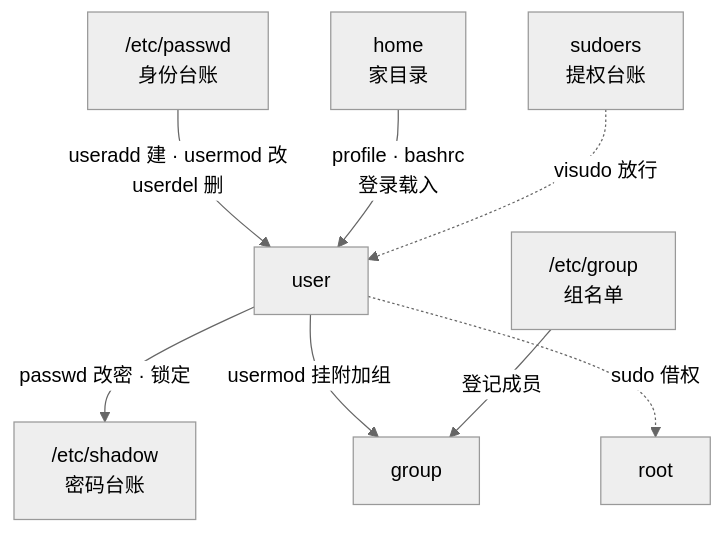
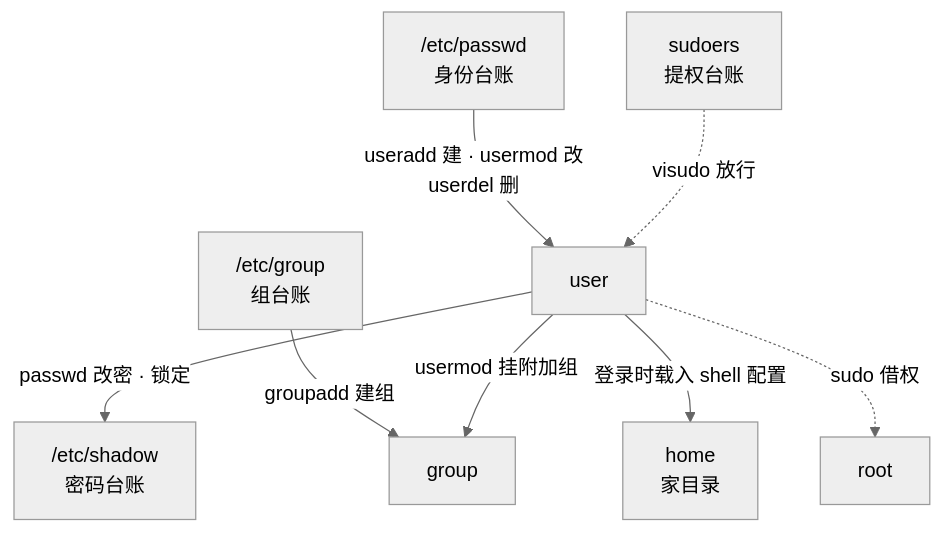
Before and after one commit to wangxiangnan/wangxiangnan.github.io: the diagram in src/linux-command/ch10.md, drawn with Mermaid (neutral theme). The commit also changed other lines of this file and 32 other files, not shown here.

````diff
--- a/src/linux-command/ch10.md
+++ b/src/linux-command/ch10.md
@@ -14,18 +12,18 @@
 ```mermaid
 flowchart TB
     PW["/etc/passwd<br>身份台账"]
     SH["/etc/shadow<br>密码台账"]
-    GR["/etc/group<br>组名单"]
+    GR["/etc/group<br>组台账"]
     SD["sudoers<br>提权台账"]
     U["user"]
     G["group"]
     H["home<br>家目录"]
     ROOT["root"]
     PW -->|"useradd 建 · usermod 改<br>userdel 删"| U
     U -->|"passwd 改密 · 锁定"| SH
+    GR -->|"groupadd 建组"| G
     U -->|"usermod 挂附加组"| G
-    GR -->|"登记成员"| G
-    H -->|"profile · bashrc<br>登录载入"| U
+    U -->|"登录时载入 shell 配置"| H
     SD -.->|"visudo 放行"| U
     U -.->|"sudo 借权"| ROOT
 ```
````
